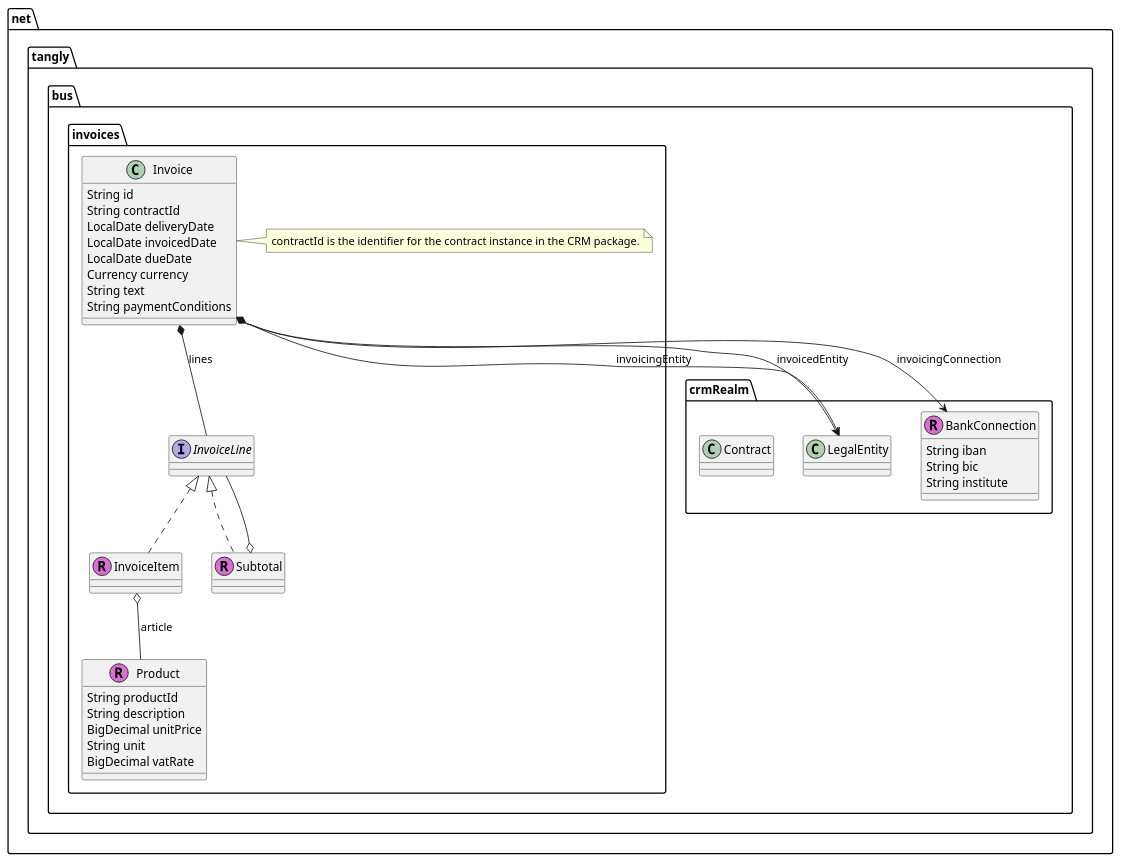
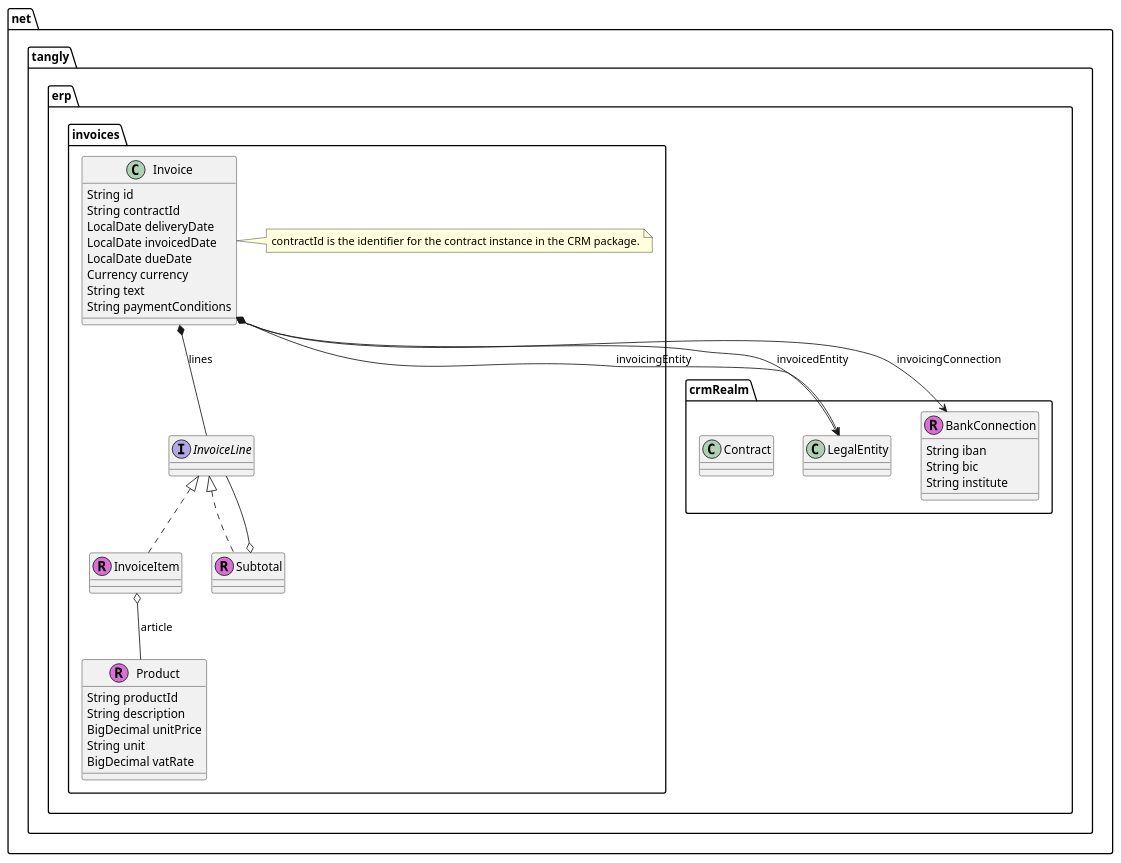
Before and after one commit to tangly-team/tangly-os: the diagram in net.tangly.erp.invoices/src/site/models.adoc, drawn with PlantUML. The commit also changed other lines of this file and 5 other files, not shown here.

```diff
--- a/net.tangly.erp.invoices/src/site/models.adoc
+++ b/net.tangly.erp.invoices/src/site/models.adoc
@@ -33,60 +38,60 @@
 [plantuml,bus-invoice-uml,svg]
 ....
 @startuml
 
-package net.tangly.bus.crmRealm {
+package net.tangly.erp.crmRealm {
     class LegalEntity {}
 
     class BankConnection << (R,orchid) >> {
         String iban
         String bic
         String institute
     }
 
     class Contract {}
 }
 
-package net.tangly.bus.invoices {
+package net.tangly.erp.invoices {
 class Product << (R,orchid) >> {
     String productId
     String description
     BigDecimal unitPrice
     String unit
     BigDecimal vatRate
 }
 
 class Invoice {
     String id
     String contractId
     LocalDate deliveryDate
     LocalDate invoicedDate
     LocalDate dueDate
     Currency currency
     String text
     String paymentConditions
 }
 
 note right: contractId is the identifier for the contract instance in the CRM package.
 
 Invoice *-- InvoiceLine : lines
 Invoice o--> LegalEntity : invoicingEntity
 Invoice o--> LegalEntity : invoicedEntity
 Invoice *--> BankConnection : invoicingConnection
 
 interface InvoiceLine {}
 
 class InvoiceItem << (R,orchid) >> {}
 
 InvoiceLine <|.. InvoiceItem
 
 InvoiceItem o-- Product : article
 
 class Subtotal << (R,orchid) >> {}
 
 InvoiceLine <|.. Subtotal
 Subtotal o-- InvoiceLine
 
 }
 
 @enduml
 ....
```
